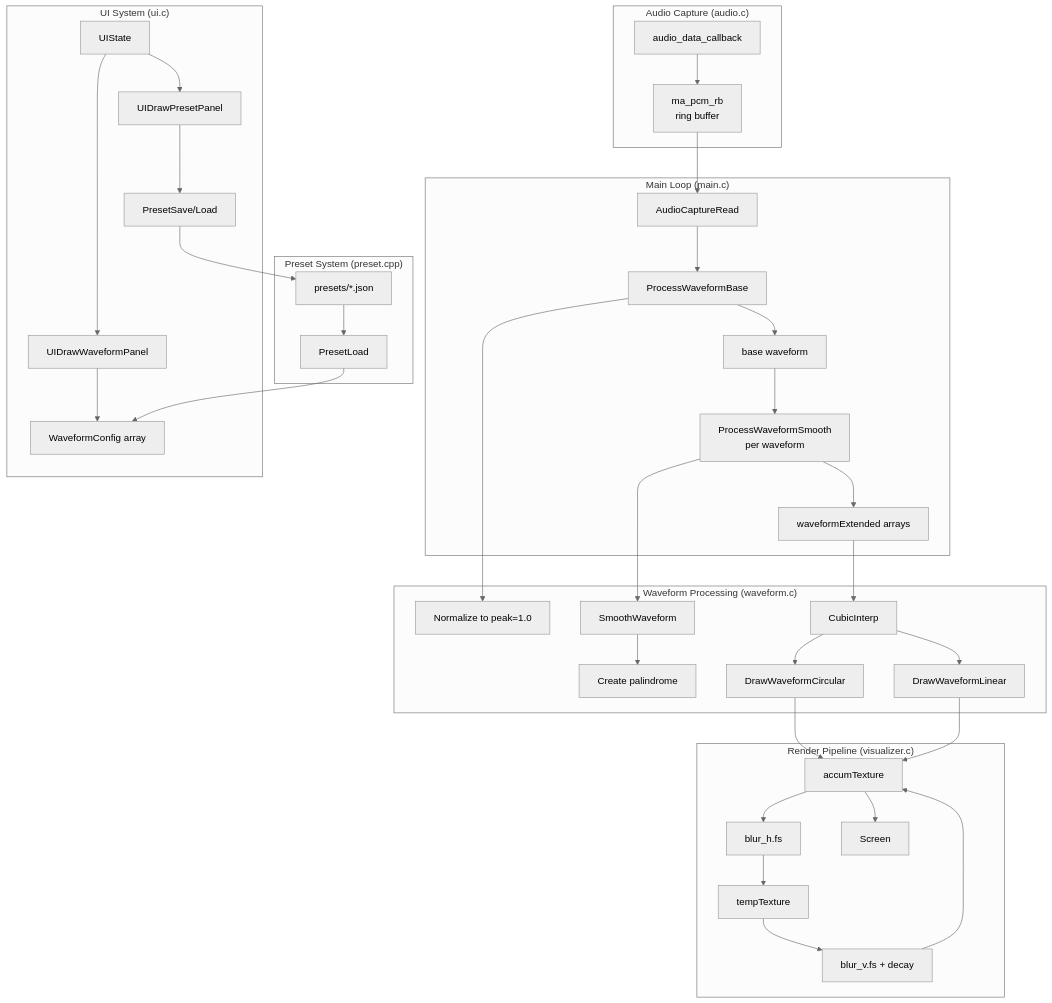
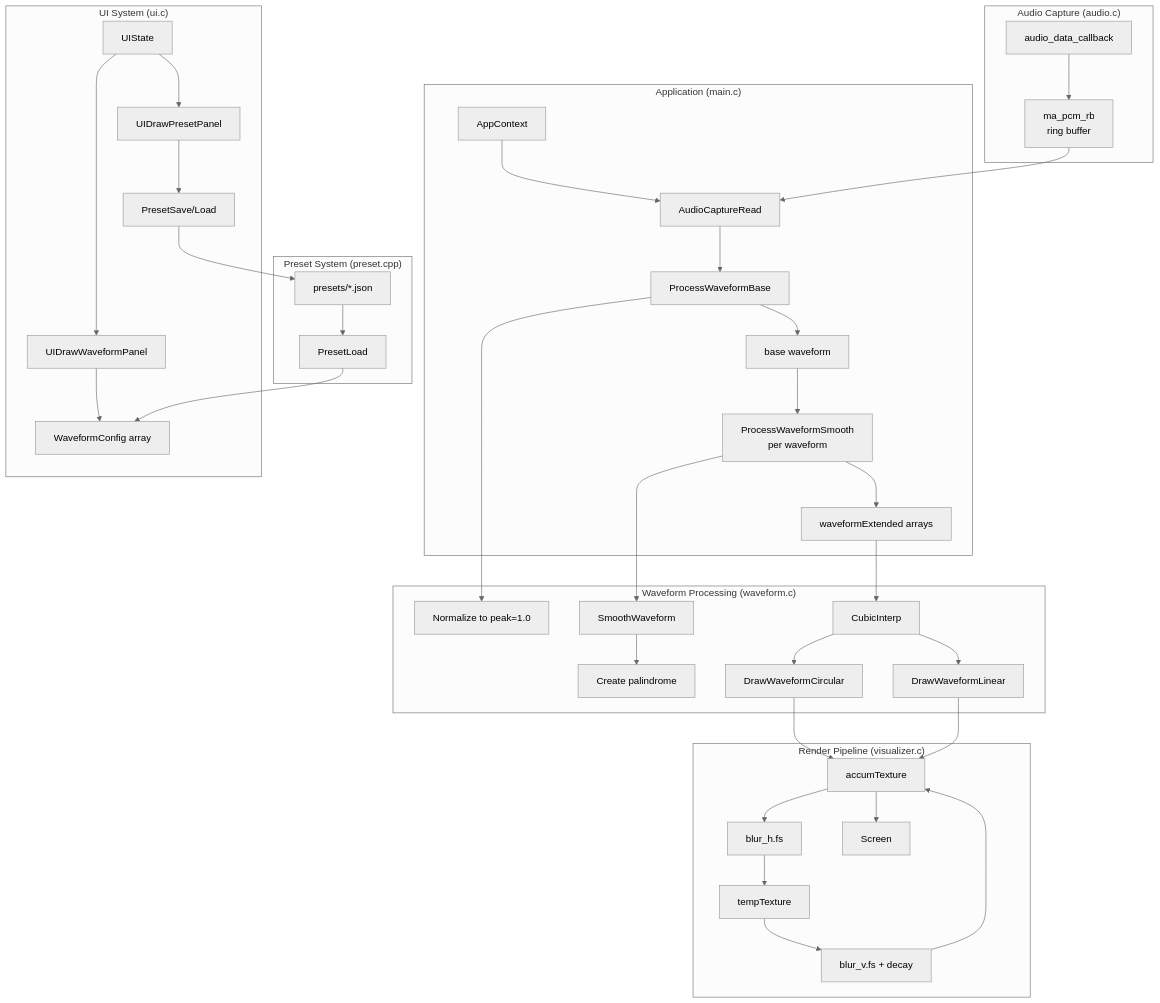
The diagram in docs/architecture.md (EvanLavender13/audio-jones), drawn with Mermaid (neutral theme) before and after one commit. The commit also changed other lines of this file and 2 other files, not shown here.

First line of the commit message:
Consolidate application state into AppContext struct

````diff
--- a/docs/architecture.md
+++ b/docs/architecture.md
@@ -11,47 +11,48 @@
 ```mermaid
 flowchart TD
     subgraph Audio["Audio Capture (audio.c)"]
         CB[audio_data_callback] --> RB[ma_pcm_rb<br/>ring buffer]
     end
 
-    subgraph Main["Main Loop (main.c)"]
-        RD[AudioCaptureRead] --> PWB[ProcessWaveformBase]
+    subgraph Main["Application (main.c)"]
+        CTX[AppContext] --> RD[AudioCaptureRead]
+        RD --> PWB[ProcessWaveformBase]
         PWB --> WF[base waveform]
         WF --> PWS[ProcessWaveformSmooth<br/>per waveform]
         PWS --> WFE[waveformExtended arrays]
     end
 
     subgraph Waveform["Waveform Processing (waveform.c)"]
         PWB --> NRM[Normalize to peak=1.0]
         PWS --> SM[SmoothWaveform]
         SM --> PAL[Create palindrome]
         WFE --> CI[CubicInterp]
         CI --> DWC[DrawWaveformCircular]
         CI --> DWL[DrawWaveformLinear]
     end
 
     subgraph Visualizer["Render Pipeline (visualizer.c)"]
         AT[accumTexture] --> BH[blur_h.fs]
         BH --> TT[tempTexture]
         TT --> BV[blur_v.fs + decay]
         BV --> AT
         DWC --> AT
         DWL --> AT
         AT --> SC[Screen]
     end
 
     subgraph UI["UI System (ui.c)"]
         UIS[UIState] --> WP[UIDrawWaveformPanel]
         UIS --> PP[UIDrawPresetPanel]
         WP --> CFG[WaveformConfig array]
         PP --> PS[PresetSave/Load]
     end
 
     subgraph Preset["Preset System (preset.cpp)"]
         PS --> JSON[presets/*.json]
         JSON --> PL[PresetLoad]
         PL --> CFG
     end
 
     RB --> RD
 ```
````
